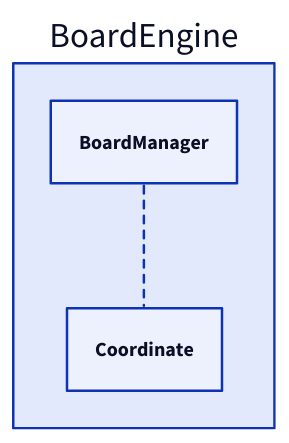
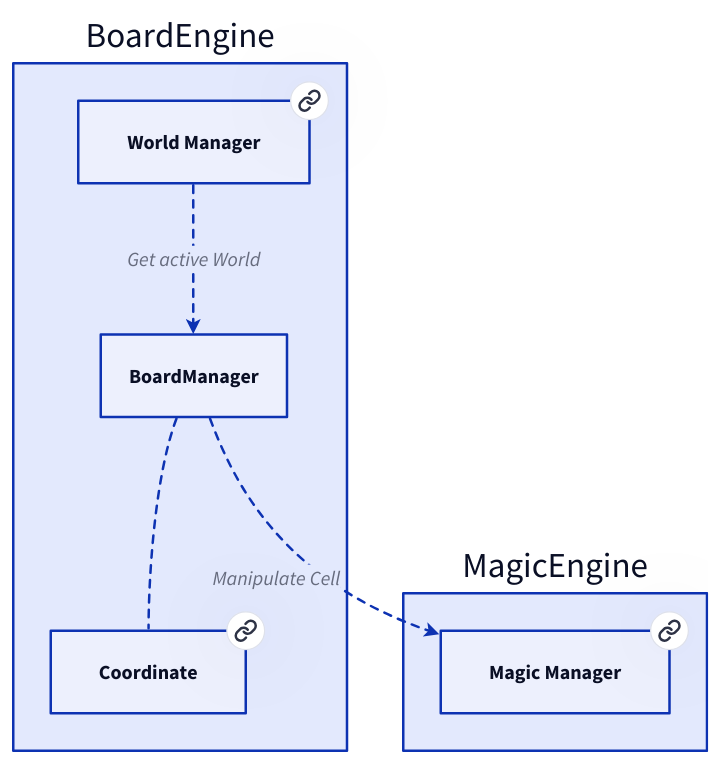
The diagram in doc/BoardEngine/BoardManager.md (Portevent/Brume-Documentation), drawn with D2 before and after one commit. The commit also changed 88 other files, not shown here.

````diff
--- a/doc/BoardEngine/BoardManager.md
+++ b/doc/BoardEngine/BoardManager.md
@@ -11,10 +11,28 @@
 ```d2
 # Nodes :
 BoardEngine: {
-    Coordinate: Coordinate
+    WorldManager: World Manager {
+       link: WorldManager
+    }
+    Coordinate: Coordinate {
+       link: Coordinate
+    }
+}
+MagicEngine: {
+    MagicManager: Magic Manager {
+       link: MagicManager
+    }
 }
 
 # Links :
 BoardEngine.BoardManager -- BoardEngine.Coordinate: {style.stroke-dash: 3}
+BoardEngine.WorldManager -> BoardEngine.BoardManager: Get active World {style.stroke-dash: 3
+source-arrowhead: {}
+target-arrowhead: {shape: arrow}
+}
+BoardEngine.BoardManager -> MagicEngine.MagicManager: Manipulate Cell {style.stroke-dash: 3
+source-arrowhead: {}
+target-arrowhead: {shape: arrow}
+}
 
 ```
````
